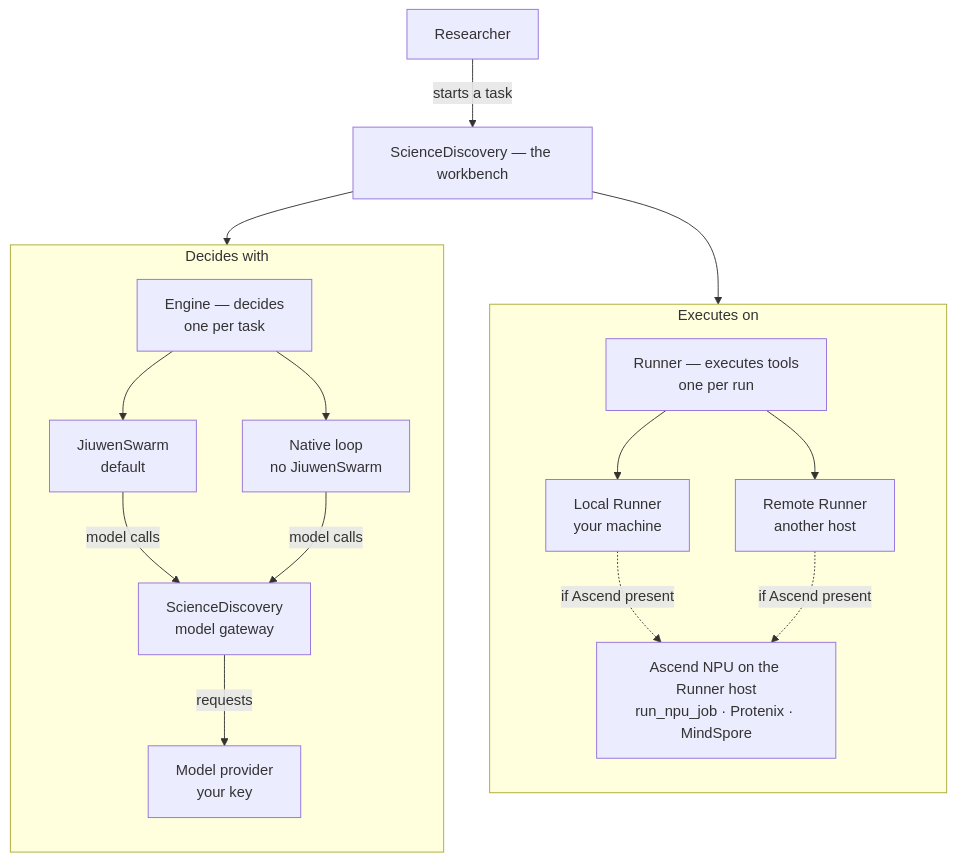
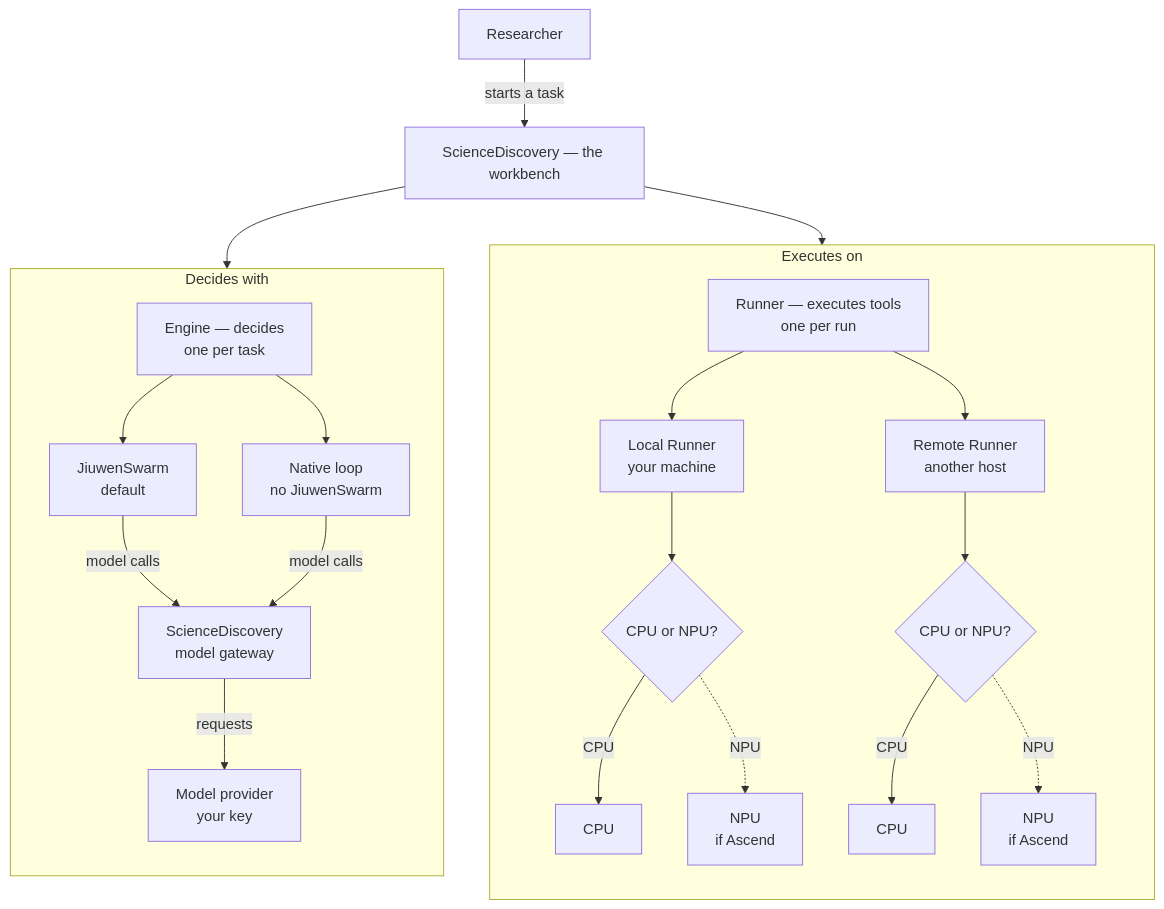
One commit to michaelatamuk/agentic-desk changed the first of 5 diagrams in company/sciencediscovery/overview.md. Above: the diagram before and after it, drawn with Mermaid. The commit also changed other lines of this file, not shown here.

````diff
--- a/company/sciencediscovery/overview.md
+++ b/company/sciencediscovery/overview.md
@@ -32,37 +32,46 @@
 ```mermaid
 flowchart TD
   R["Researcher"]
   SD["ScienceDiscovery — the workbench"]
 
   subgraph DEC["Decides with"]
     direction TB
     ENG["Engine — decides<br/>one per task"]
     JS["JiuwenSwarm<br/>default"]
     NL["Native loop<br/>no JiuwenSwarm"]
     GW["ScienceDiscovery<br/>model gateway"]
     MP["Model provider<br/>your key"]
 
     ENG --> JS
     ENG --> NL
     JS -->|"model calls"| GW
     NL -->|"model calls"| GW
     GW -->|"requests"| MP
   end
 
   subgraph EXE["Executes on"]
     direction TB
     RUN["Runner — executes tools<br/>one per run"]
     LR["Local Runner<br/>your machine"]
     RR["Remote Runner<br/>another host"]
-    NPU["Ascend NPU on the Runner host<br/>run_npu_job · Protenix · MindSpore"]
+    LD{"CPU or NPU?"}
+    RD{"CPU or NPU?"}
+    LCPU["CPU"]
+    LNPU["NPU<br/>if Ascend"]
+    RCPU["CPU"]
+    RNPU["NPU<br/>if Ascend"]
 
     RUN --> LR
     RUN --> RR
-    LR -.->|"if Ascend present"| NPU
-    RR -.->|"if Ascend present"| NPU
+    LR --> LD
+    LD -->|"CPU"| LCPU
+    LD -.->|"NPU"| LNPU
+    RR --> RD
+    RD -->|"CPU"| RCPU
+    RD -.->|"NPU"| RNPU
   end
 
   R -->|"starts a task"| SD
   SD --> DEC
   SD --> EXE
 ```
````
